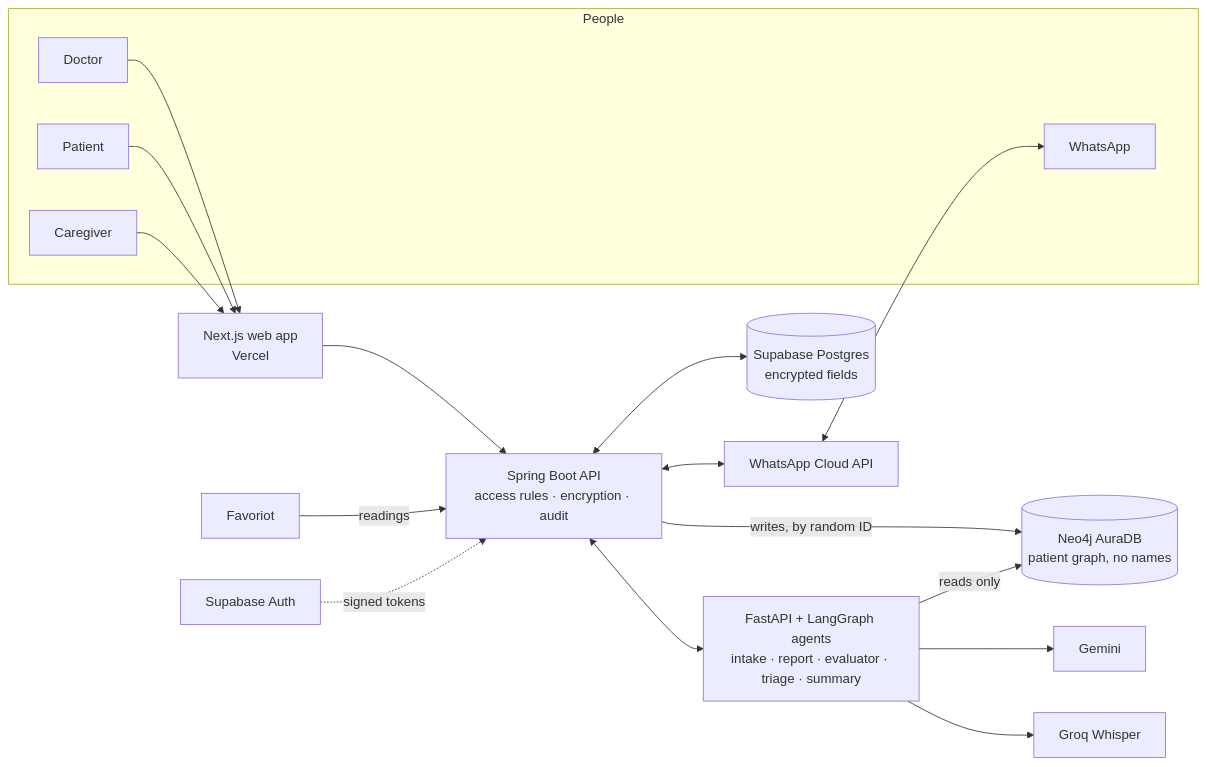
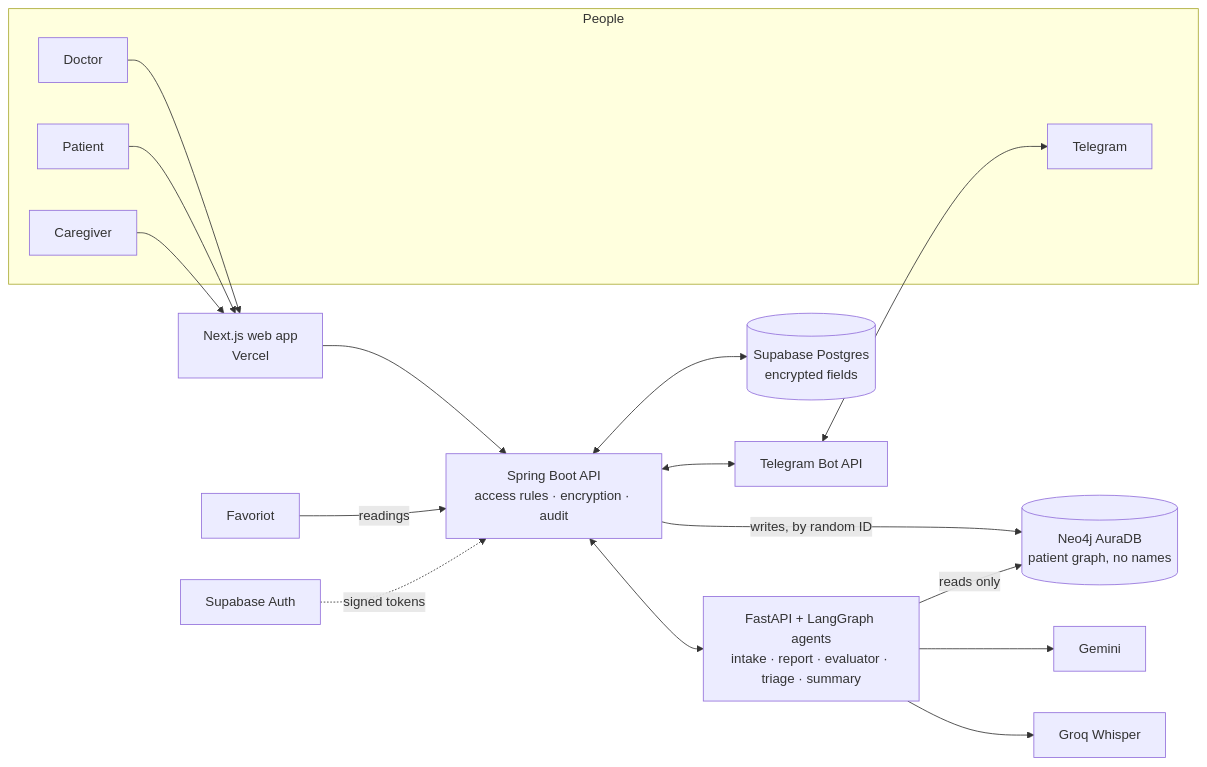
One commit to tanhongsheng050204-code/KHABAR-HEALTHCARE changed the fifth of 5 diagrams in README.md. Above: the diagram before and after it, drawn with Mermaid. The commit also changed other lines of this file and 9 other files, not shown here.

````diff
--- a/README.md
+++ b/README.md
@@ -289,19 +289,19 @@
 ```mermaid
 flowchart LR
   subgraph People
     D[Doctor]
     P[Patient]
     C[Caregiver]
-    WA[WhatsApp]
+    TG[Telegram]
   end
   D & P & C --> WEB[Next.js web app<br/>Vercel]
   WEB --> API[Spring Boot API<br/>access rules · encryption · audit]
   API <--> PG[(Supabase Postgres<br/>encrypted fields)]
   API -- writes, by random ID --> NEO[(Neo4j AuraDB<br/>patient graph, no names)]
   API <--> AG[FastAPI + LangGraph agents<br/>intake · report · evaluator · triage · summary]
   AG -- reads only --> NEO
   AG --> LLM[Gemini] & STT[Groq Whisper]
-  API <--> WAC[WhatsApp Cloud API] <--> WA
+  API <--> TGB[Telegram Bot API] <--> TG
   FAV[Favoriot] -- readings --> API
   SB[Supabase Auth] -. signed tokens .-> API
 ```
````
